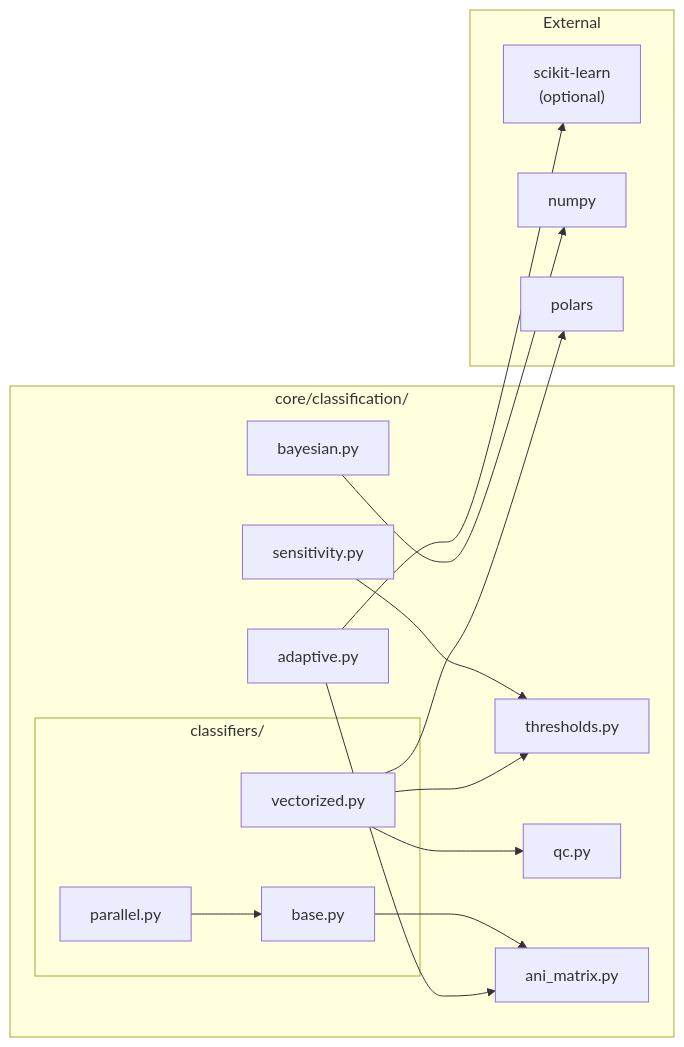
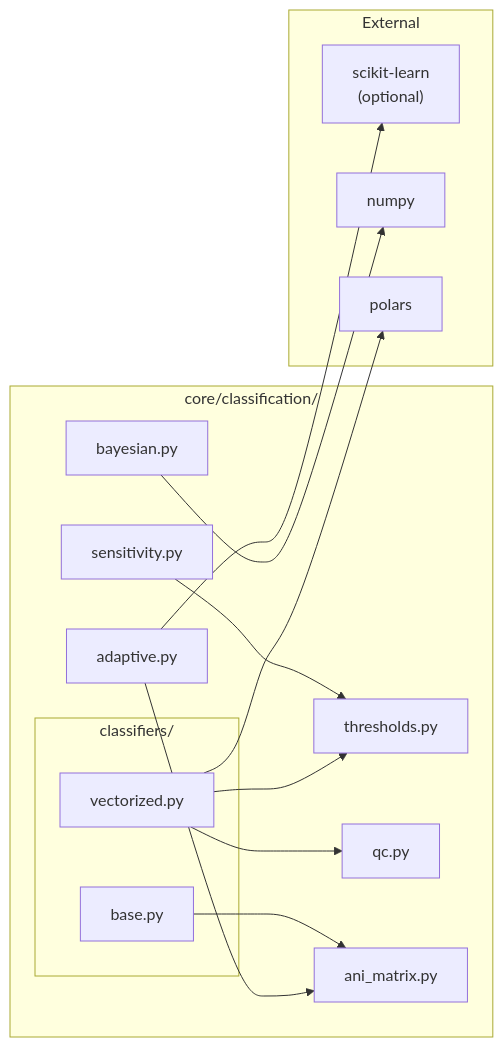
Before and after one commit to FOI-Bioinformatics/metadarkmatter: diagram 18 of 21 in docs/ARCHITECTURE.md, drawn with Mermaid. The commit also changed other lines of this file and 19 other files, not shown here.

````diff
--- a/docs/ARCHITECTURE.md
+++ b/docs/ARCHITECTURE.md
@@ -695,33 +651,31 @@
 ```mermaid
 flowchart LR
     subgraph "core/classification/"
         THRESH["thresholds.py"]
         QC["qc.py"]
         SENS["sensitivity.py"]
         ADAPT["adaptive.py"]
         BAYES["bayesian.py"]
         ANI_MAT["ani_matrix.py"]
 
         subgraph classifiers["classifiers/"]
             BASE["base.py"]
             VEC["vectorized.py"]
-            PAR["parallel.py"]
         end
     end
 
     subgraph external["External"]
         SKLEARN["scikit-learn<br/>(optional)"]
         NUMPY["numpy"]
         POLARS["polars"]
     end
 
     VEC --> THRESH
     VEC --> QC
     SENS --> THRESH
     ADAPT --> ANI_MAT
     ADAPT --> SKLEARN
     BAYES --> NUMPY
     VEC --> POLARS
     BASE --> ANI_MAT
-    PAR --> BASE
 ```
````
